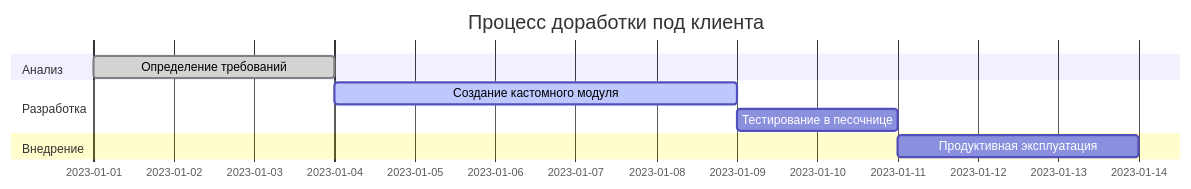
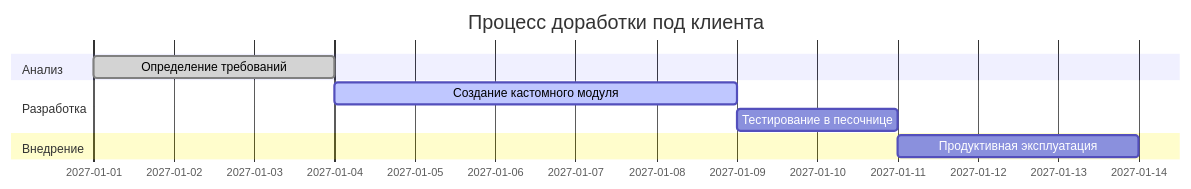
Before and after one commit to kat-spb/JustTests: the fifth of 5 diagrams in arch_flexibility.md, drawn with Mermaid. The commit also changed other lines of this file, not shown here.

````diff
--- a/arch_flexibility.md
+++ b/arch_flexibility.md
@@ -101,12 +99,12 @@
 ```mermaid
 gantt
     title Процесс доработки под клиента
     dateFormat  YYYY-MM-DD
     section Анализ
-    Определение требований :done, des1, 2023-01-01, 3d
+    Определение требований :done, des1, 2027-01-01, 3d
     section Разработка
-    Создание кастомного модуля :active, des2, 2023-01-04, 5d
-    Тестирование в песочнице : des3, 2023-01-09, 2d
+    Создание кастомного модуля :active, des2, 2027-01-04, 5d
+    Тестирование в песочнице : des3, 2027-01-09, 2d
     section Внедрение
-    Продуктивная эксплуатация : des4, 2023-01-11, 3d
+    Продуктивная эксплуатация : des4, 2027-01-11, 3d
 ```
````
